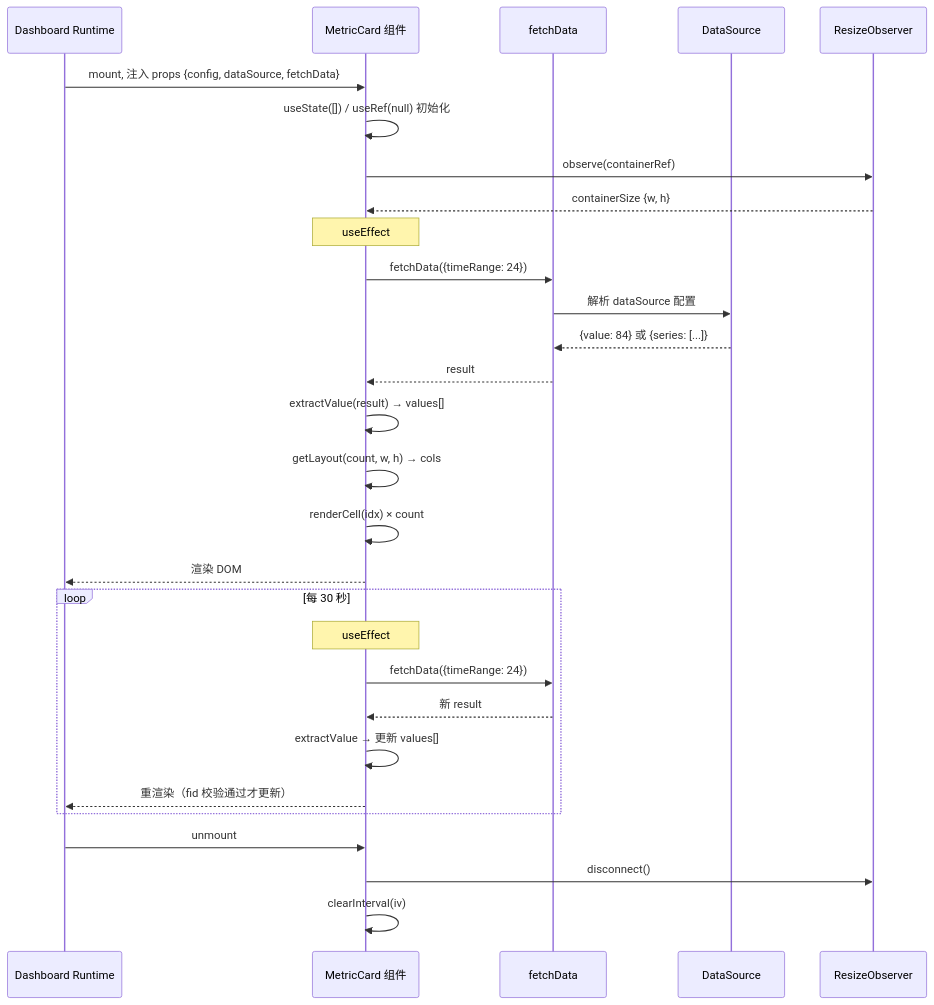
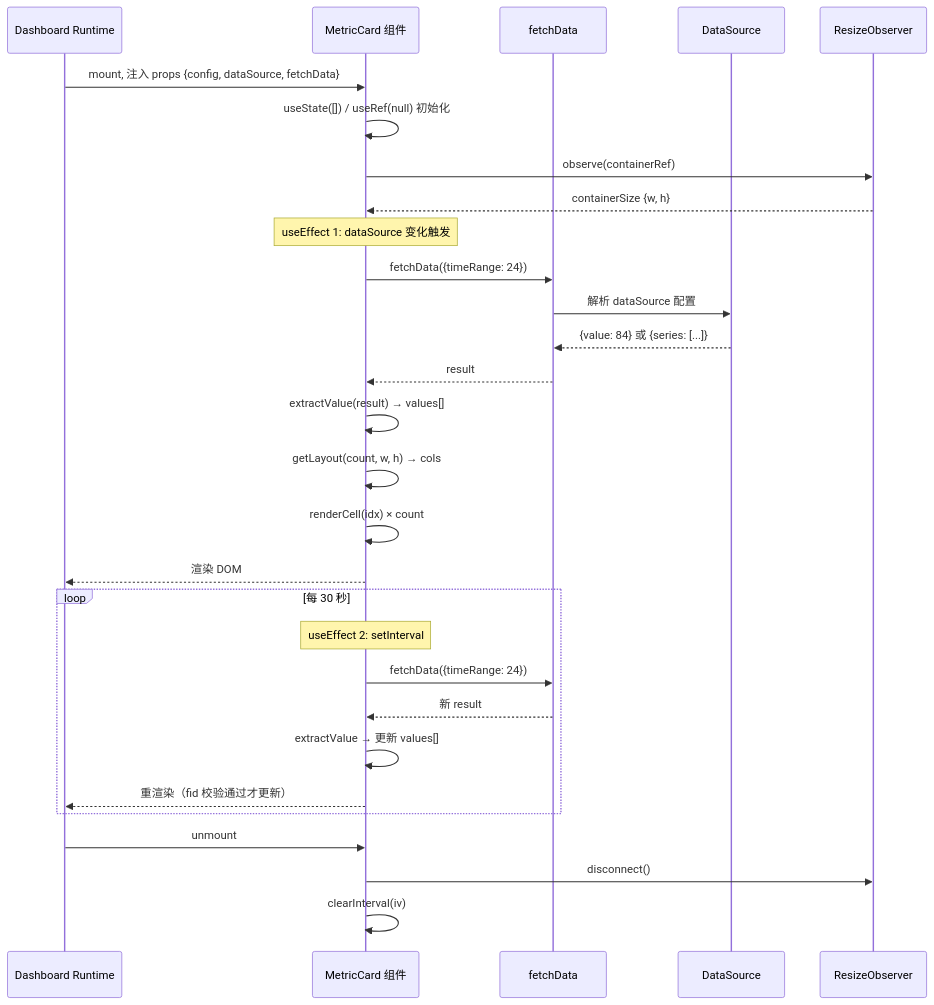
Before and after one commit to luommy/wiki-documents: the second of 2 diagrams in docs/0-neomind/developer-guide/case-studies/6-metric-card-component.md, drawn with Mermaid. The commit also changed other lines of this file and 21 other files, not shown here.

````diff
--- a/docs/0-neomind/developer-guide/case-studies/6-metric-card-component.md
+++ b/docs/0-neomind/developer-guide/case-studies/6-metric-card-component.md
@@ -415,35 +415,35 @@
 ```mermaid
 sequenceDiagram
     participant RT as Dashboard Runtime
     participant MC as MetricCard 组件
     participant FD as fetchData
     participant DS as DataSource
     participant RO as ResizeObserver
 
     RT->>MC: mount, 注入 props {config, dataSource, fetchData}
     MC->>MC: useState([]) / useRef(null) 初始化
     MC->>RO: observe(containerRef)
     RO-->>MC: containerSize {w, h}
 
-    Note over MC: useEffect #1: dataSource 变化触发
+    Note over MC: useEffect 1: dataSource 变化触发
     MC->>FD: fetchData({timeRange: 24})
     FD->>DS: 解析 dataSource 配置
     DS-->>FD: {value: 84} 或 {series: [...]}
     FD-->>MC: result
     MC->>MC: extractValue(result) → values[]
     MC->>MC: getLayout(count, w, h) → cols
     MC->>MC: renderCell(idx) × count
     MC-->>RT: 渲染 DOM
 
     loop 每 30 秒
-        Note over MC: useEffect #2: setInterval
+        Note over MC: useEffect 2: setInterval
         MC->>FD: fetchData({timeRange: 24})
         FD-->>MC: 新 result
         MC->>MC: extractValue → 更新 values[]
         MC-->>RT: 重渲染（fid 校验通过才更新）
     end
 
     RT->>MC: unmount
     MC->>RO: disconnect()
     MC->>MC: clearInterval(iv)
 ```
````
